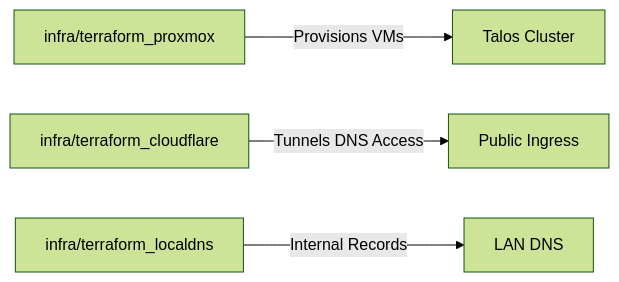
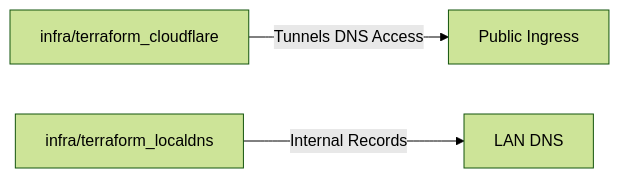
One commit to fabricesemti80/home-dc-kubernetes changed the diagram in docs/infrastructure/terraform.md. Above: the diagram before and after it, drawn with Mermaid (forest theme). The commit also changed other lines of this file and 177 other files, not shown here.

````diff
--- a/docs/infrastructure/terraform.md
+++ b/docs/infrastructure/terraform.md
@@ -7,6 +7,5 @@
 ```mermaid
 flowchart LR
-    Proxmox[infra/terraform_proxmox] -->|Provisions VMs| Talos[Talos Cluster]
     Cloudflare[infra/terraform_cloudflare] -->|Tunnels DNS Access| Public[Public Ingress]
     LocalDNS[infra/terraform_localdns] -->|Internal Records| Internal[LAN DNS]
 ```
````
